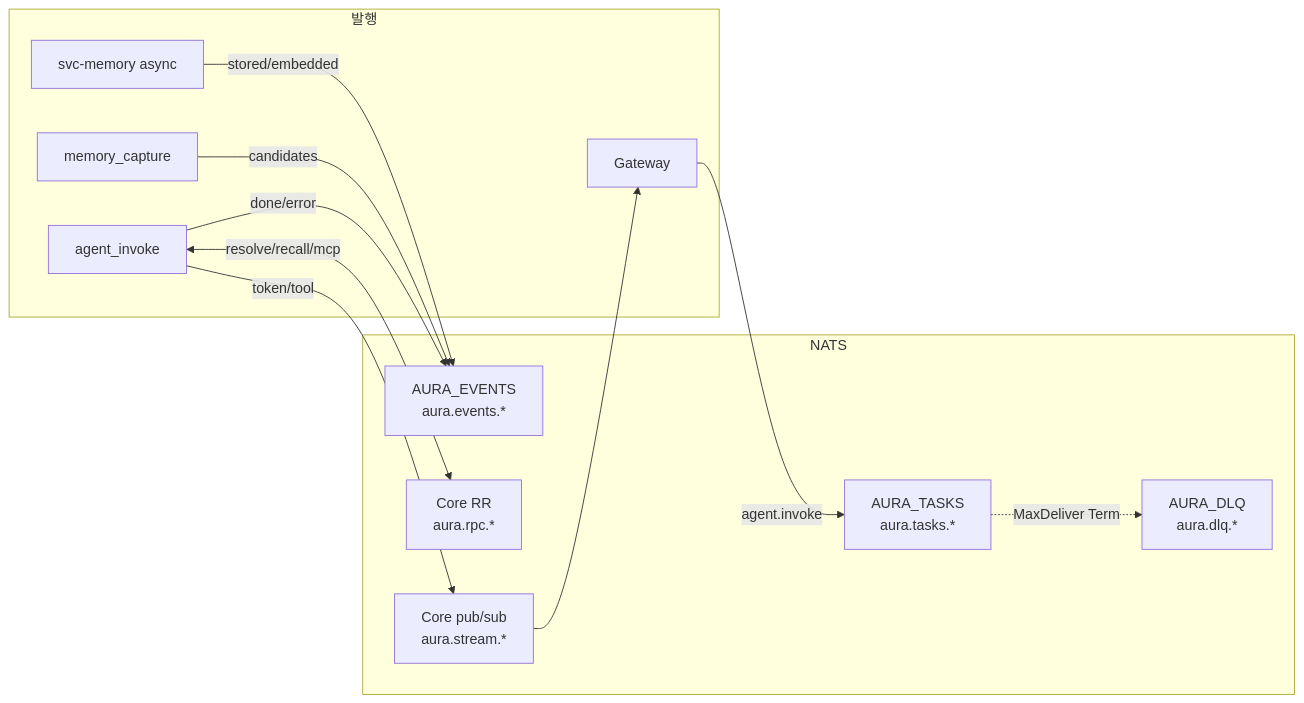
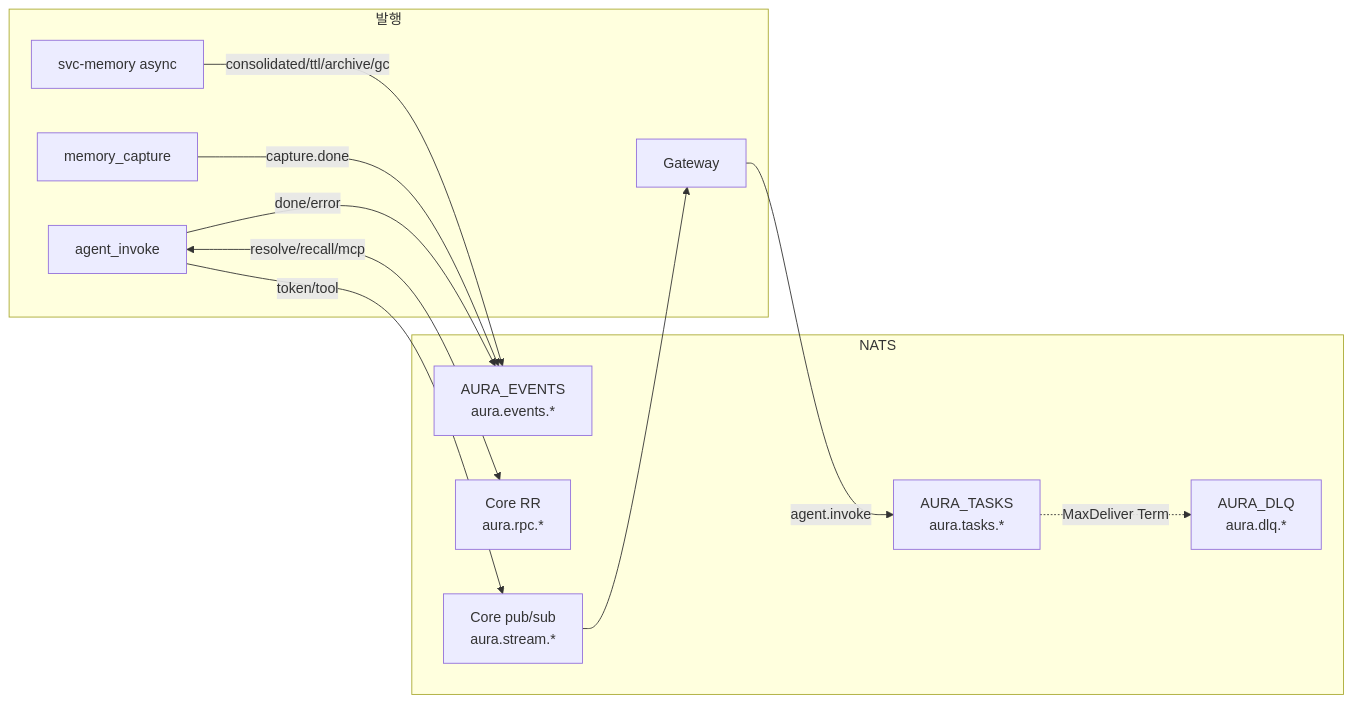
The first of 7 diagrams in MESSAGE-FLOW.md (yoosungung/aura), drawn with Mermaid before and after one commit. The commit also changed other lines of this file and 255 other files, not shown here.

````diff
--- a/MESSAGE-FLOW.md
+++ b/MESSAGE-FLOW.md
@@ -21,26 +21,26 @@
 ```mermaid
 flowchart LR
   subgraph publish["발행"]
     GW[Gateway]
     AI[agent_invoke]
     CAP[memory_capture]
     MEM[svc-memory async]
   end
 
   subgraph nats["NATS"]
     TASKS["AURA_TASKS<br/>aura.tasks.*"]
     EVENTS["AURA_EVENTS<br/>aura.events.*"]
     RPC["Core RR<br/>aura.rpc.*"]
     STREAM["Core pub/sub<br/>aura.stream.*"]
     DLQ["AURA_DLQ<br/>aura.dlq.*"]
   end
 
   GW -->|agent.invoke| TASKS
   AI -->|done/error| EVENTS
   AI -->|token/tool| STREAM
-  CAP -->|candidates| EVENTS
-  MEM -->|stored/embedded| EVENTS
+  CAP -->|capture.done| EVENTS
+  MEM -->|consolidated/ttl/archive/gc| EVENTS
   AI <-->|resolve/recall/mcp| RPC
   TASKS -.->|MaxDeliver Term| DLQ
   STREAM --> GW
 ```
````
